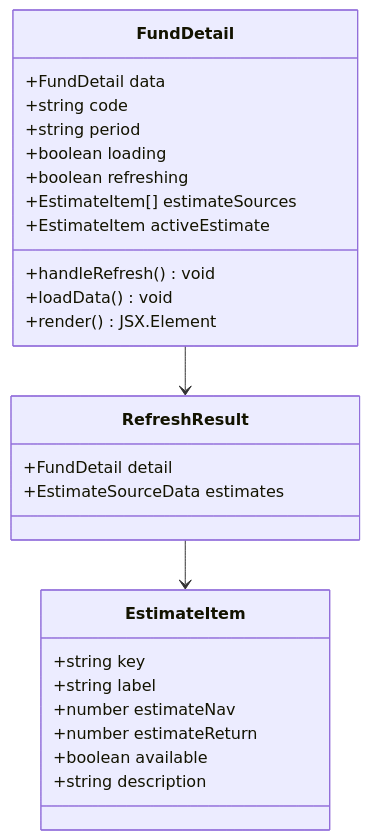
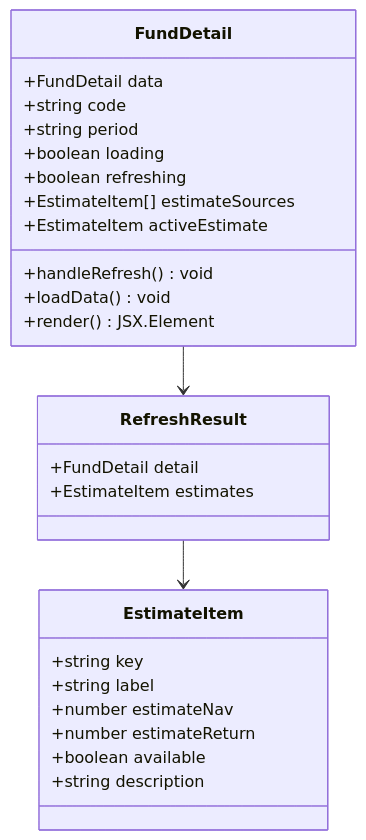
The eighth of 17 diagrams in .qoder/repowiki/zh/content/核心功能开发/前端投资组合管理增强.md (gree-coder/fund-butler), drawn with Mermaid before and after one commit. The commit also changed other lines of this file and 34 other files, not shown here.

````diff
--- a/.qoder/repowiki/zh/content/核心功能开发/前端投资组合管理增强.md
+++ b/.qoder/repowiki/zh/content/核心功能开发/前端投资组合管理增强.md
@@ -419,29 +430,29 @@
 ```mermaid
 classDiagram
 class FundDetail {
 +FundDetail data
 +string code
 +string period
 +boolean loading
 +boolean refreshing
 +EstimateItem[] estimateSources
 +EstimateItem activeEstimate
 +handleRefresh() void
 +loadData() void
 +render() JSX.Element
 }
 class RefreshResult {
 +FundDetail detail
-+EstimateSourceData estimates
++EstimateItem estimates
 }
 class EstimateItem {
 +string key
 +string label
 +number estimateNav
 +number estimateReturn
 +boolean available
 +string description
 }
 FundDetail --> RefreshResult
 RefreshResult --> EstimateItem
 ```
````
